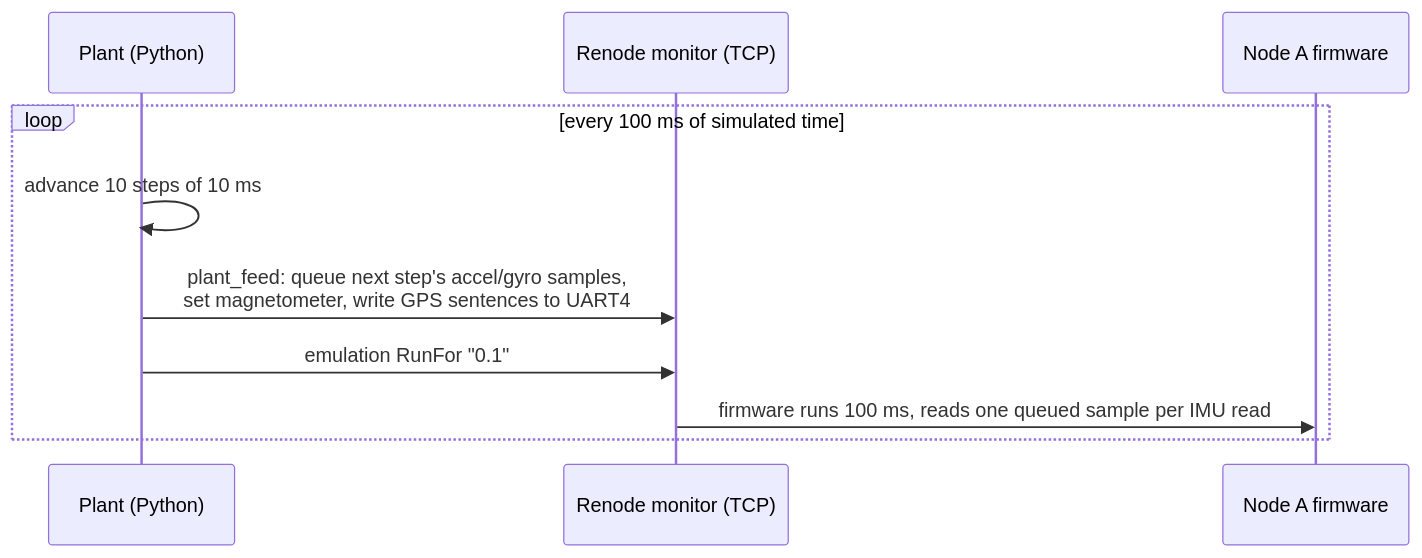
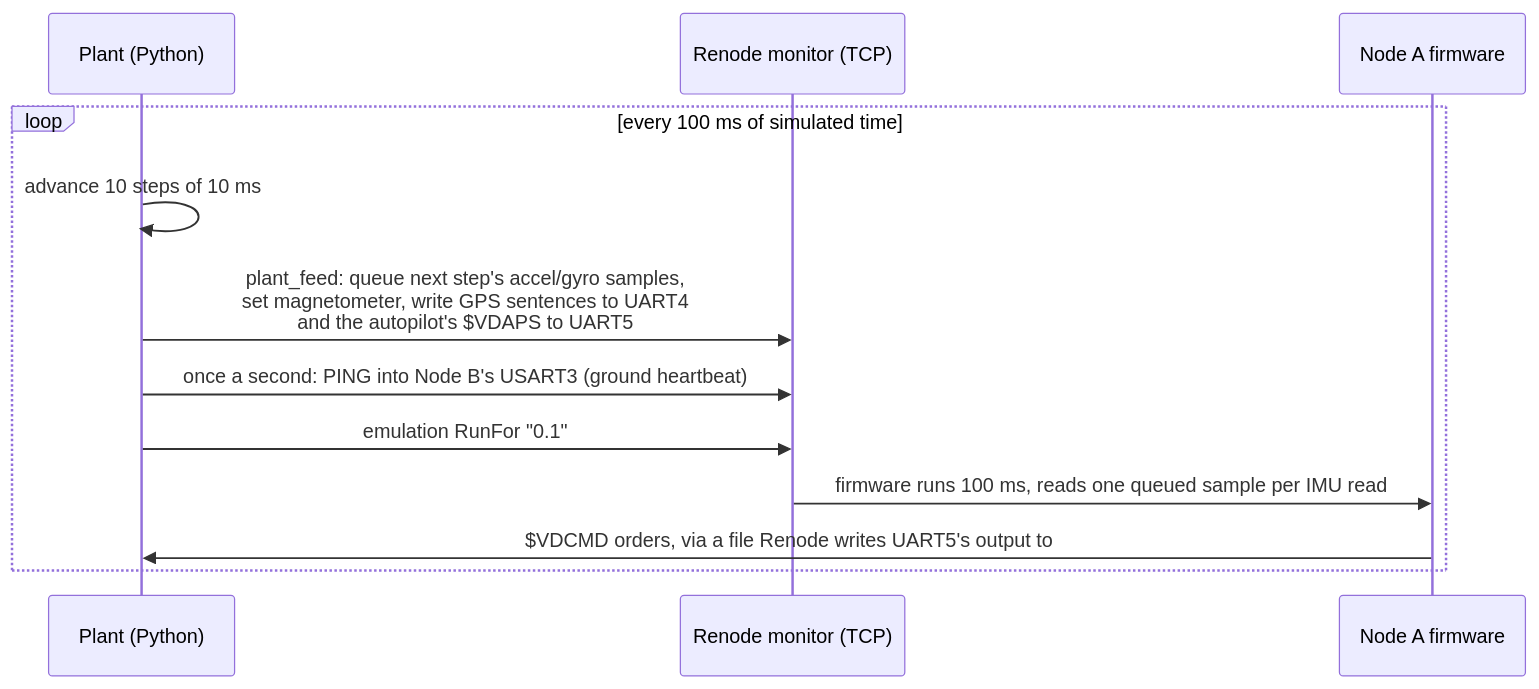
One commit to 1akin1/VoltDragon changed the diagram in docs/simulation.md. Above: the diagram before and after it, drawn with Mermaid. The commit also changed other lines of this file and 89 other files, not shown here.

````diff
--- a/docs/simulation.md
+++ b/docs/simulation.md
@@ -57,12 +63,14 @@
 ```mermaid
 sequenceDiagram
     participant P as Plant (Python)
     participant M as Renode monitor (TCP)
     participant A as Node A firmware
     loop every 100 ms of simulated time
         P->>P: advance 10 steps of 10 ms
-        P->>M: plant_feed: queue next step's accel/gyro samples,<br/>set magnetometer, write GPS sentences to UART4
+        P->>M: plant_feed: queue next step's accel/gyro samples,<br/>set magnetometer, write GPS sentences to UART4<br/>and the autopilot's $VDAPS to UART5
+        P->>M: once a second: PING into Node B's USART3 (ground heartbeat)
         P->>M: emulation RunFor "0.1"
         M->>A: firmware runs 100 ms, reads one queued sample per IMU read
+        A->>P: $VDCMD orders, via a file Renode writes UART5's output to
     end
 ```
````
